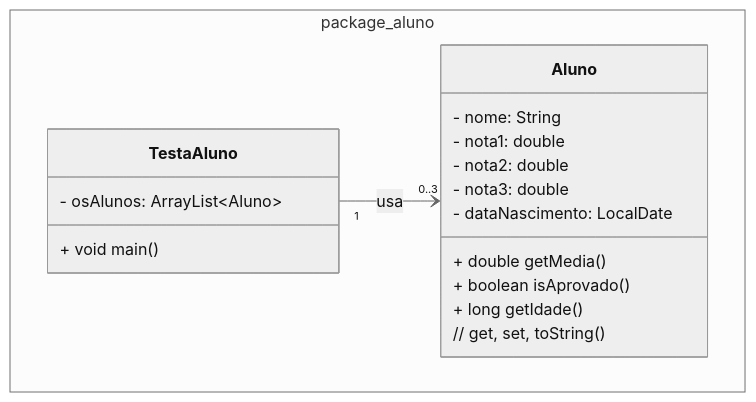
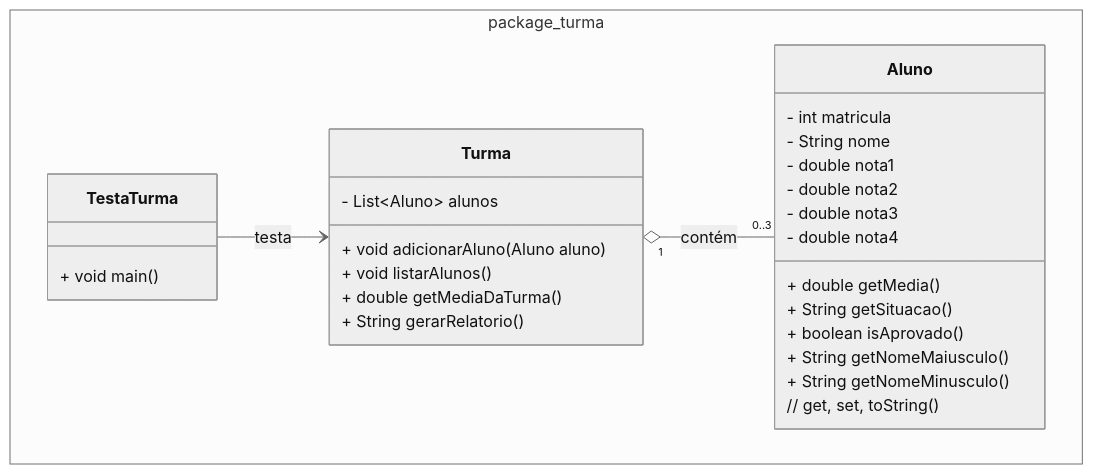
One commit to ap3ufersa/ap3_2026.1_xicoArruda changed the diagram in unidade1/aula5.md. Above: the diagram before and after it, drawn with Mermaid (neutral theme). The commit also changed other lines of this file and 6 other files, not shown here.

````diff
--- a/unidade1/aula5.md
+++ b/unidade1/aula5.md
@@ -35,21 +67,31 @@
 ```mermaid
 classDiagram
-    namespace package_aluno {
+    namespace package_turma {
         class Aluno {
-            - nome: String
-            - nota1: double
-            - nota2: double
-            - nota3: double
-            - dataNascimento: LocalDate
+            - int matricula
+            - String nome
+            - double nota1
+            - double nota2
+            - double nota3
+            - double nota4
             + double getMedia()
+            + String getSituacao()
             + boolean isAprovado()
-            + long getIdade()
+            + String getNomeMaiusculo()
+            + String getNomeMinusculo()
             // get, set, toString()
         }
-        class TestaAluno {
-            - osAlunos: ArrayList~Aluno~
+        class Turma {
+            - List~Aluno~ alunos
+            + void adicionarAluno(Aluno aluno)
+            + void listarAlunos()
+            + double getMediaDaTurma()
+            + String gerarRelatorio()
+        }
+        class TestaTurma {
             + void main()
         }
     }
-    TestaAluno "1" --> "0..3" Aluno : usa
+    Turma "1" o-- "0..3" Aluno : contém
+    TestaTurma --> Turma : testa
 ```
````
